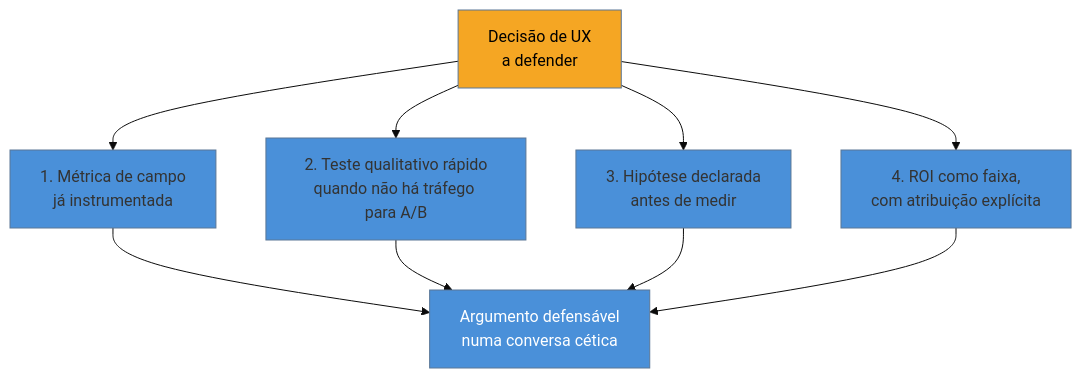
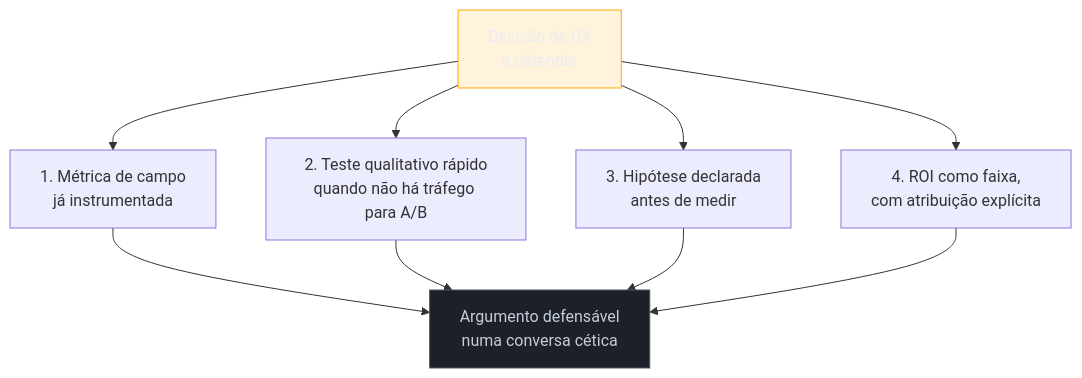
One commit to josenaldo/codex-technomanticus changed the diagram in 03-Dominios/Engenharia/UX/Medir, Validar e Sustentar/45 - Defender decisão de UX com número.md. Above: the diagram before and after it, drawn with Mermaid. The commit also changed 1181 other files, not shown here.

First line of the commit message:
fix(diagramas): paleta do sistema no lugar de cor cravada no markdown

````diff
--- a/03-Dominios/Engenharia/UX/Medir, Validar e Sustentar/45 - Defender decisão de UX com número.md
+++ b/03-Dominios/Engenharia/UX/Medir, Validar e Sustentar/45 - Defender decisão de UX com número.md
@@ -50,14 +50,15 @@
 ```mermaid
-%%{init: {"theme": "base", "themeVariables": {"primaryColor": "#4A90D9"}}}%%
 graph TD
+    classDef neutro fill:#1B2029,stroke:#4E5666,color:#C6CCD8
+    classDef destaque fill:#FFAA0024,stroke:#FFAA00,color:#E9ECF2
     D["Decisão de UX<br/>a defender"] --> M["1. Métrica de campo<br/>já instrumentada"]
     D --> Q["2. Teste qualitativo rápido<br/>quando não há tráfego para A/B"]
     D --> H["3. Hipótese declarada<br/>antes de medir"]
     D --> R["4. ROI como faixa,<br/>com atribuição explícita"]
     M --> C["Argumento defensável<br/>numa conversa cética"]
     Q --> C
     H --> C
     R --> C
-    style C fill:#4A90D9,color:#fff
-    style D fill:#F5A623,color:#000
+    class C neutro
+    class D destaque
 ```
````
